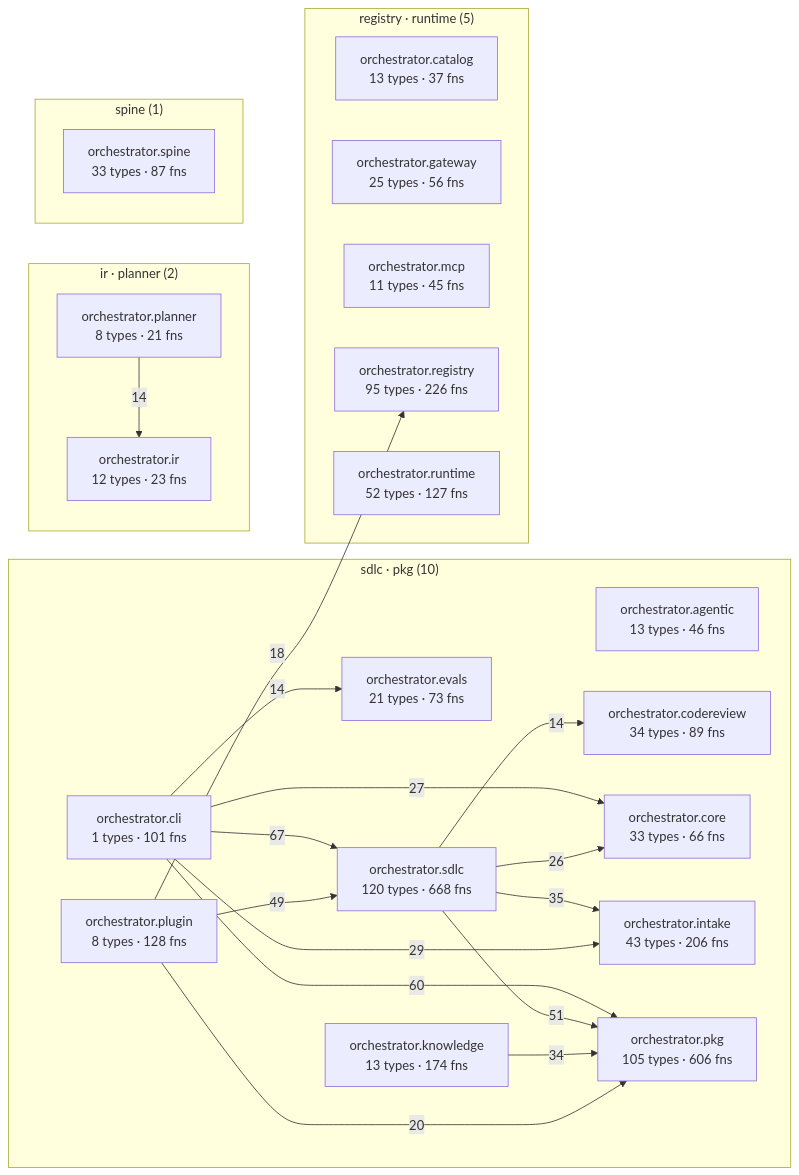
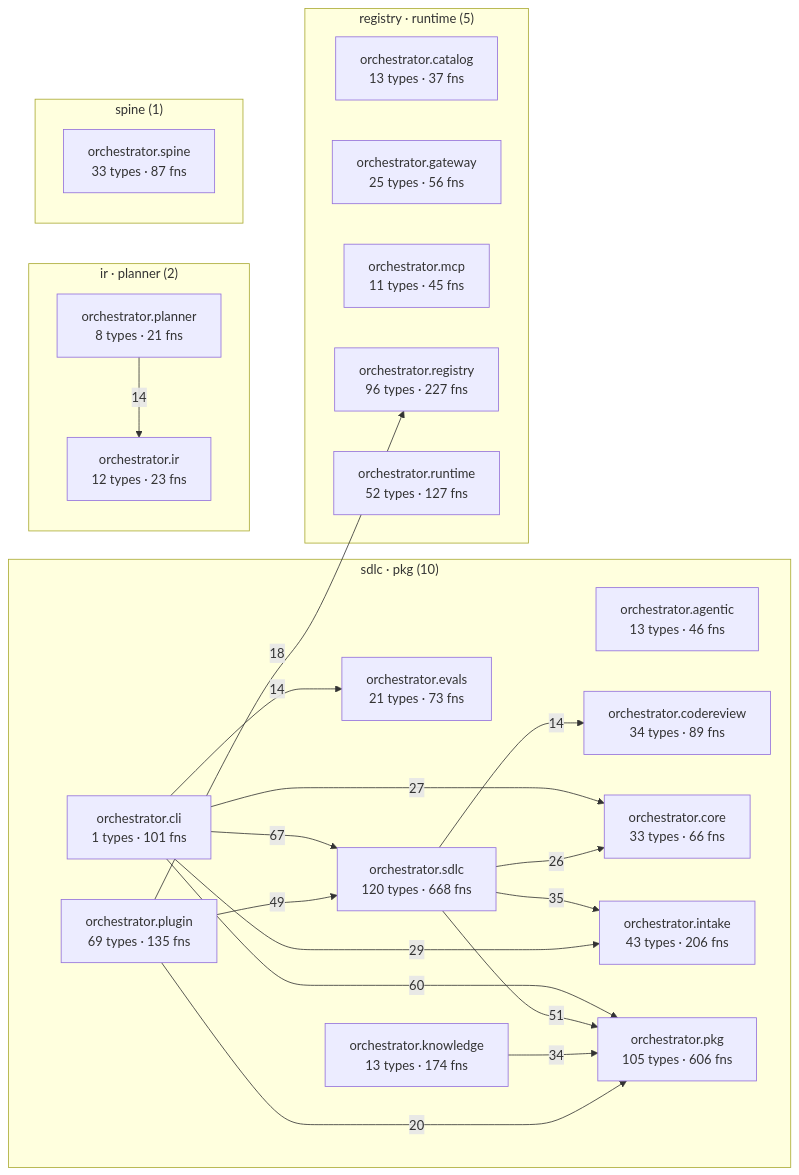
Before and after one commit to synaptixs/spine: the diagram in episteme/architecture.md, drawn with Mermaid. The commit also changed other lines of this file and 24 other files, not shown here.

````diff
--- a/episteme/architecture.md
+++ b/episteme/architecture.md
@@ -54,43 +54,43 @@
 ```mermaid
 flowchart LR
   subgraph c_2["sdlc · pkg (10)"]
     aorchestratoragentic["orchestrator.agentic<br/>13 types · 46 fns"]
     aorchestratorcli["orchestrator.cli<br/>1 types · 101 fns"]
     aorchestratorcodereview["orchestrator.codereview<br/>34 types · 89 fns"]
     aorchestratorcore["orchestrator.core<br/>33 types · 66 fns"]
     aorchestratorevals["orchestrator.evals<br/>21 types · 73 fns"]
     aorchestratorintake["orchestrator.intake<br/>43 types · 206 fns"]
     aorchestratorknowledge["orchestrator.knowledge<br/>13 types · 174 fns"]
     aorchestratorpkg["orchestrator.pkg<br/>105 types · 606 fns"]
-    aorchestratorplugin["orchestrator.plugin<br/>8 types · 128 fns"]
+    aorchestratorplugin["orchestrator.plugin<br/>69 types · 135 fns"]
     aorchestratorsdlc["orchestrator.sdlc<br/>120 types · 668 fns"]
   end
   subgraph c_4["registry · runtime (5)"]
     aorchestratorcatalog["orchestrator.catalog<br/>13 types · 37 fns"]
     aorchestratorgateway["orchestrator.gateway<br/>25 types · 56 fns"]
     aorchestratormcp["orchestrator.mcp<br/>11 types · 45 fns"]
-    aorchestratorregistry["orchestrator.registry<br/>95 types · 226 fns"]
+    aorchestratorregistry["orchestrator.registry<br/>96 types · 227 fns"]
     aorchestratorruntime["orchestrator.runtime<br/>52 types · 127 fns"]
   end
   subgraph c_7["ir · planner (2)"]
     aorchestratorir["orchestrator.ir<br/>12 types · 23 fns"]
     aorchestratorplanner["orchestrator.planner<br/>8 types · 21 fns"]
   end
   subgraph c_12["spine (1)"]
     aorchestratorspine["orchestrator.spine<br/>33 types · 87 fns"]
   end
   aorchestratorcli -->|67| aorchestratorsdlc
   aorchestratorcli -->|60| aorchestratorpkg
   aorchestratorsdlc -->|51| aorchestratorpkg
   aorchestratorplugin -->|49| aorchestratorsdlc
   aorchestratorsdlc -->|35| aorchestratorintake
   aorchestratorknowledge -->|34| aorchestratorpkg
   aorchestratorcli -->|29| aorchestratorintake
   aorchestratorcli -->|27| aorchestratorcore
   aorchestratorsdlc -->|26| aorchestratorcore
   aorchestratorplugin -->|20| aorchestratorpkg
   aorchestratorplugin -->|18| aorchestratorregistry
   aorchestratorcli -->|14| aorchestratorevals
   aorchestratorplanner -->|14| aorchestratorir
   aorchestratorsdlc -->|14| aorchestratorcodereview
 ```
````
